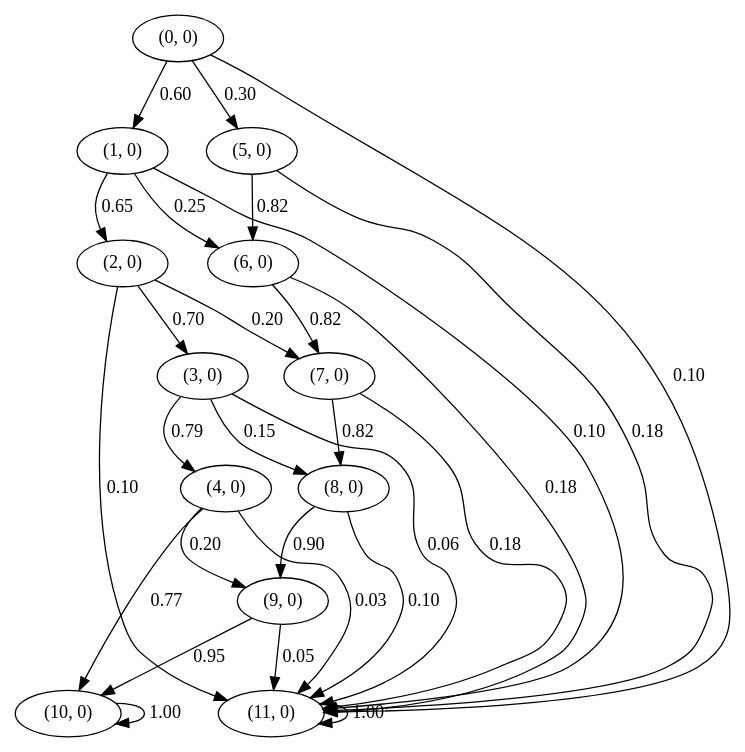
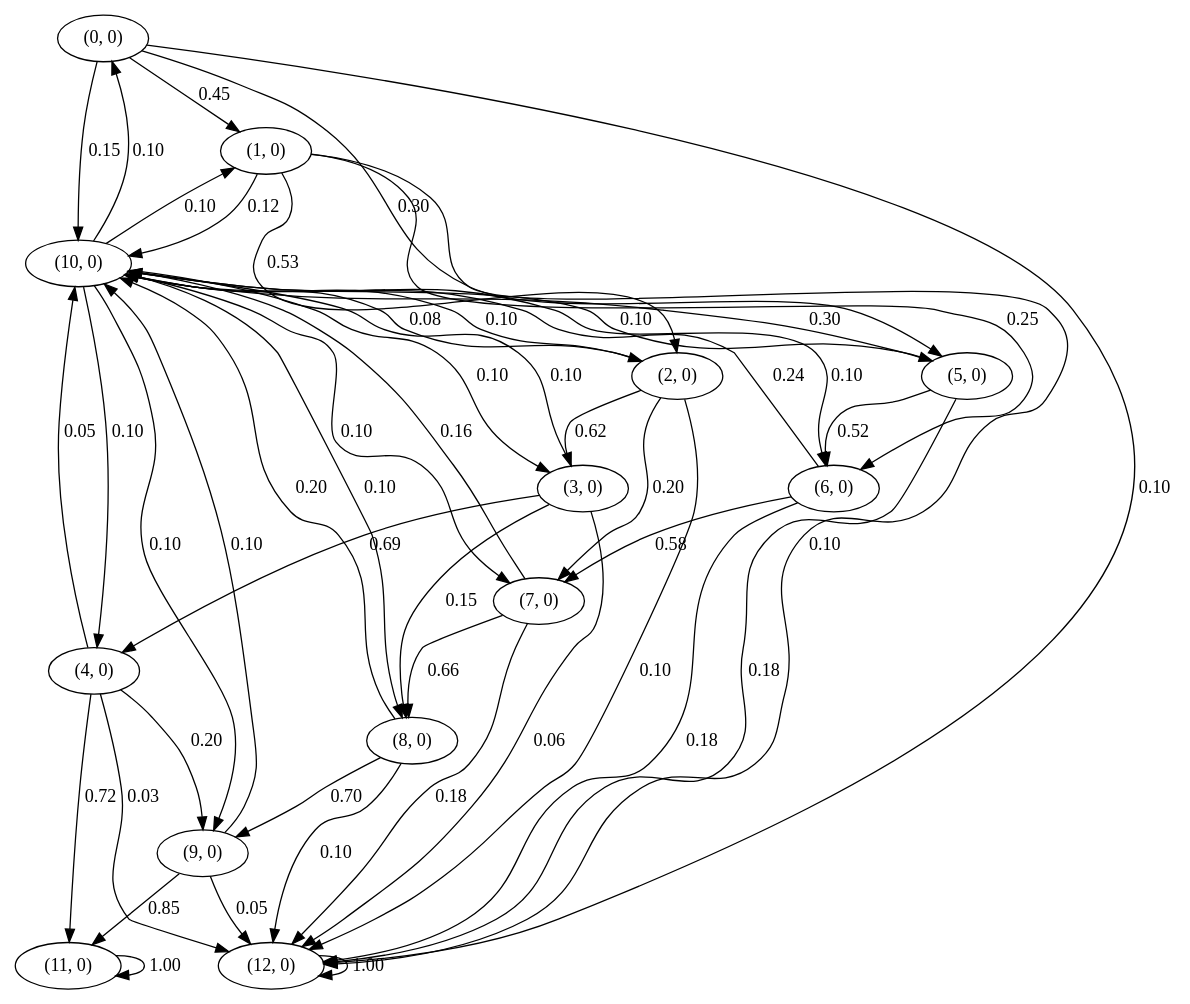
The diagram in mc.dot (JulianaFerreira/educacao), drawn with Graphviz before and after one commit. The commit also changed 2 other files, not shown here.

```diff
--- a/mc.dot
+++ b/mc.dot
@@ -1,41 +1,62 @@
 digraph  {
 "(0, 0)";
 "(1, 0)";
 "(5, 0)";
-"(11, 0)";
+"(10, 0)";
+"(12, 0)";
 "(2, 0)";
 "(6, 0)";
 "(3, 0)";
 "(7, 0)";
 "(4, 0)";
 "(8, 0)";
 "(9, 0)";
-"(10, 0)";
-"(0, 0)" -> "(1, 0)"  [key=0, label="0.60", weight="0.6"];
+"(11, 0)";
+"(0, 0)" -> "(1, 0)"  [key=0, label="0.45", weight="0.44999999999999996"];
 "(0, 0)" -> "(5, 0)"  [key=0, label="0.30", weight="0.3"];
-"(0, 0)" -> "(11, 0)"  [key=0, label="0.10", weight="0.1"];
-"(1, 0)" -> "(2, 0)"  [key=0, label="0.65", weight="0.65"];
+"(0, 0)" -> "(10, 0)"  [key=0, label="0.15", weight="0.15"];
+"(0, 0)" -> "(12, 0)"  [key=0, label="0.10", weight="0.1"];
+"(1, 0)" -> "(2, 0)"  [key=0, label="0.53", weight="0.53"];
 "(1, 0)" -> "(6, 0)"  [key=0, label="0.25", weight="0.25"];
-"(1, 0)" -> "(11, 0)"  [key=0, label="0.10", weight="0.1"];
-"(5, 0)" -> "(6, 0)"  [key=0, label="0.82", weight="0.825"];
-"(5, 0)" -> "(11, 0)"  [key=0, label="0.18", weight="0.17500000000000002"];
+"(1, 0)" -> "(10, 0)"  [key=0, label="0.12", weight="0.12"];
+"(1, 0)" -> "(12, 0)"  [key=0, label="0.10", weight="0.1"];
+"(5, 0)" -> "(6, 0)"  [key=0, label="0.52", weight="0.5249999999999999"];
+"(5, 0)" -> "(10, 0)"  [key=0, label="0.30", weight="0.3"];
+"(5, 0)" -> "(12, 0)"  [key=0, label="0.18", weight="0.17500000000000002"];
+"(10, 0)" -> "(0, 0)"  [key=0, label="0.10", weight="0.1"];
+"(10, 0)" -> "(1, 0)"  [key=0, label="0.10", weight="0.1"];
+"(10, 0)" -> "(2, 0)"  [key=0, label="0.10", weight="0.1"];
+"(10, 0)" -> "(3, 0)"  [key=0, label="0.10", weight="0.1"];
+"(10, 0)" -> "(4, 0)"  [key=0, label="0.10", weight="0.1"];
+"(10, 0)" -> "(5, 0)"  [key=0, label="0.10", weight="0.1"];
+"(10, 0)" -> "(6, 0)"  [key=0, label="0.10", weight="0.1"];
+"(10, 0)" -> "(7, 0)"  [key=0, label="0.10", weight="0.1"];
+"(10, 0)" -> "(8, 0)"  [key=0, label="0.10", weight="0.1"];
+"(10, 0)" -> "(9, 0)"  [key=0, label="0.10", weight="0.1"];
+"(12, 0)" -> "(12, 0)"  [key=0, label="1.00", weight="1.0"];
+"(2, 0)" -> "(3, 0)"  [key=0, label="0.62", weight="0.6200000000000001"];
+"(2, 0)" -> "(7, 0)"  [key=0, label="0.20", weight="0.2"];
+"(2, 0)" -> "(10, 0)"  [key=0, label="0.08", weight="0.08"];
+"(2, 0)" -> "(12, 0)"  [key=0, label="0.10", weight="0.1"];
+"(6, 0)" -> "(7, 0)"  [key=0, label="0.58", weight="0.585"];
+"(6, 0)" -> "(10, 0)"  [key=0, label="0.24", weight="0.24"];
+"(6, 0)" -> "(12, 0)"  [key=0, label="0.18", weight="0.17500000000000002"];
+"(3, 0)" -> "(4, 0)"  [key=0, label="0.69", weight="0.6900000000000001"];
+"(3, 0)" -> "(8, 0)"  [key=0, label="0.15", weight="0.15"];
+"(3, 0)" -> "(10, 0)"  [key=0, label="0.10", weight="0.1"];
+"(3, 0)" -> "(12, 0)"  [key=0, label="0.06", weight="0.06"];
+"(7, 0)" -> "(8, 0)"  [key=0, label="0.66", weight="0.6649999999999999"];
+"(7, 0)" -> "(10, 0)"  [key=0, label="0.16", weight="0.16"];
+"(7, 0)" -> "(12, 0)"  [key=0, label="0.18", weight="0.17500000000000002"];
+"(4, 0)" -> "(9, 0)"  [key=0, label="0.20", weight="0.2"];
+"(4, 0)" -> "(10, 0)"  [key=0, label="0.05", weight="0.05"];
+"(4, 0)" -> "(11, 0)"  [key=0, label="0.72", weight="0.72"];
+"(4, 0)" -> "(12, 0)"  [key=0, label="0.03", weight="0.03"];
+"(8, 0)" -> "(9, 0)"  [key=0, label="0.70", weight="0.6950000000000001"];
+"(8, 0)" -> "(10, 0)"  [key=0, label="0.20", weight="0.2"];
+"(8, 0)" -> "(12, 0)"  [key=0, label="0.10", weight="0.105"];
+"(9, 0)" -> "(10, 0)"  [key=0, label="0.10", weight="0.1"];
+"(9, 0)" -> "(11, 0)"  [key=0, label="0.85", weight="0.8475"];
+"(9, 0)" -> "(12, 0)"  [key=0, label="0.05", weight="0.0525"];
 "(11, 0)" -> "(11, 0)"  [key=0, label="1.00", weight="1.0"];
-"(2, 0)" -> "(3, 0)"  [key=0, label="0.70", weight="0.7000000000000001"];
-"(2, 0)" -> "(7, 0)"  [key=0, label="0.20", weight="0.2"];
-"(2, 0)" -> "(11, 0)"  [key=0, label="0.10", weight="0.1"];
-"(6, 0)" -> "(7, 0)"  [key=0, label="0.82", weight="0.825"];
-"(6, 0)" -> "(11, 0)"  [key=0, label="0.18", weight="0.17500000000000002"];
-"(3, 0)" -> "(4, 0)"  [key=0, label="0.79", weight="0.79"];
-"(3, 0)" -> "(8, 0)"  [key=0, label="0.15", weight="0.15"];
-"(3, 0)" -> "(11, 0)"  [key=0, label="0.06", weight="0.06"];
-"(7, 0)" -> "(8, 0)"  [key=0, label="0.82", weight="0.825"];
-"(7, 0)" -> "(11, 0)"  [key=0, label="0.18", weight="0.17500000000000002"];
-"(4, 0)" -> "(9, 0)"  [key=0, label="0.20", weight="0.2"];
-"(4, 0)" -> "(10, 0)"  [key=0, label="0.77", weight="0.77"];
-"(4, 0)" -> "(11, 0)"  [key=0, label="0.03", weight="0.03"];
-"(8, 0)" -> "(9, 0)"  [key=0, label="0.90", weight="0.895"];
-"(8, 0)" -> "(11, 0)"  [key=0, label="0.10", weight="0.105"];
-"(9, 0)" -> "(10, 0)"  [key=0, label="0.95", weight="0.9475"];
-"(9, 0)" -> "(11, 0)"  [key=0, label="0.05", weight="0.0525"];
-"(10, 0)" -> "(10, 0)"  [key=0, label="1.00", weight="1.0"];
 }
```
